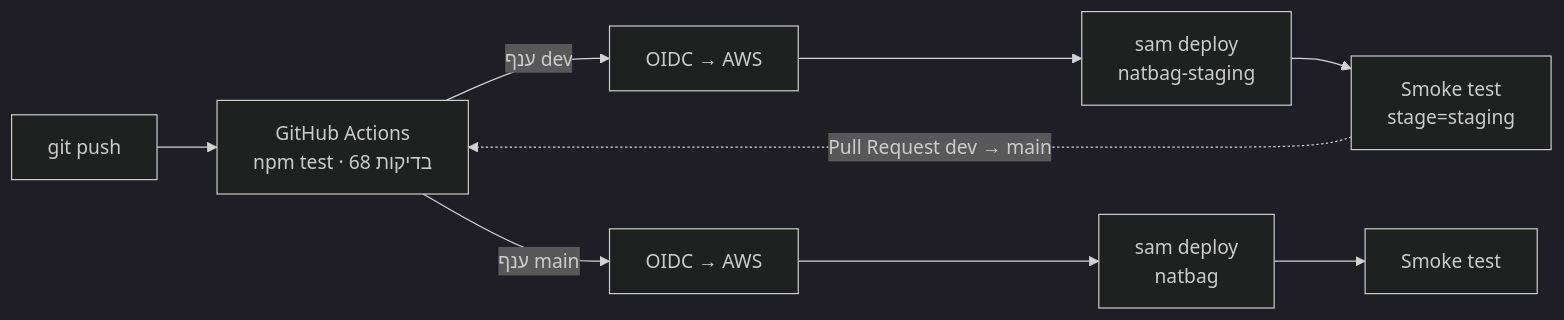
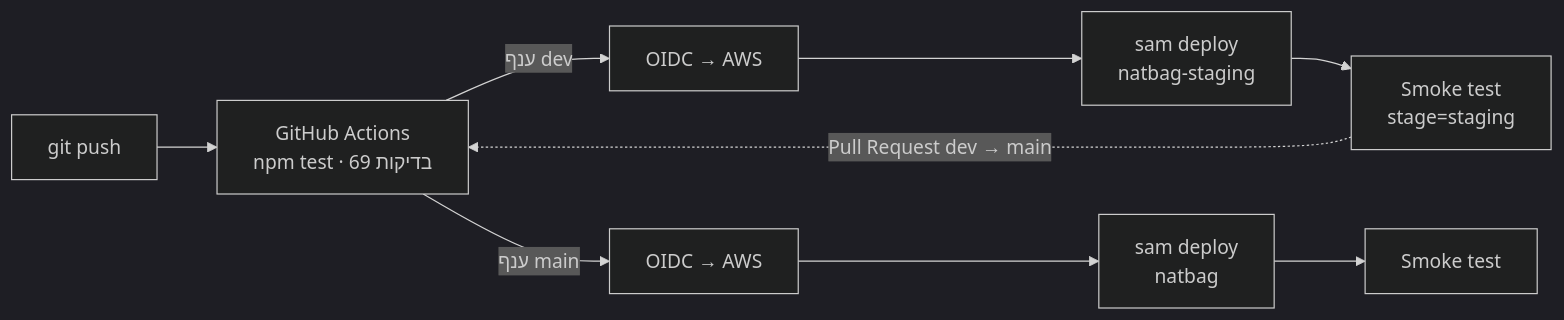
One commit to ackerme/natbag-monitor changed the second of 2 diagrams in README.md. Above: the diagram before and after it, drawn with Mermaid (dark theme). The commit also changed other lines of this file and 3 other files, not shown here.

````diff
--- a/README.md
+++ b/README.md
@@ -94,7 +114,7 @@
 ```mermaid
 flowchart LR
-    D[git push] --> T[GitHub Actions<br/>npm test · 68 בדיקות]
+    D[git push] --> T[GitHub Actions<br/>npm test · 69 בדיקות]
     T -->|ענף dev| SO[OIDC → AWS] --> SS[sam deploy<br/>natbag-staging] --> SH[Smoke test<br/>stage=staging]
     T -->|ענף main| PO[OIDC → AWS] --> PS[sam deploy<br/>natbag] --> PH[Smoke test]
     SH -.->|Pull Request dev → main| T
 ```
````
